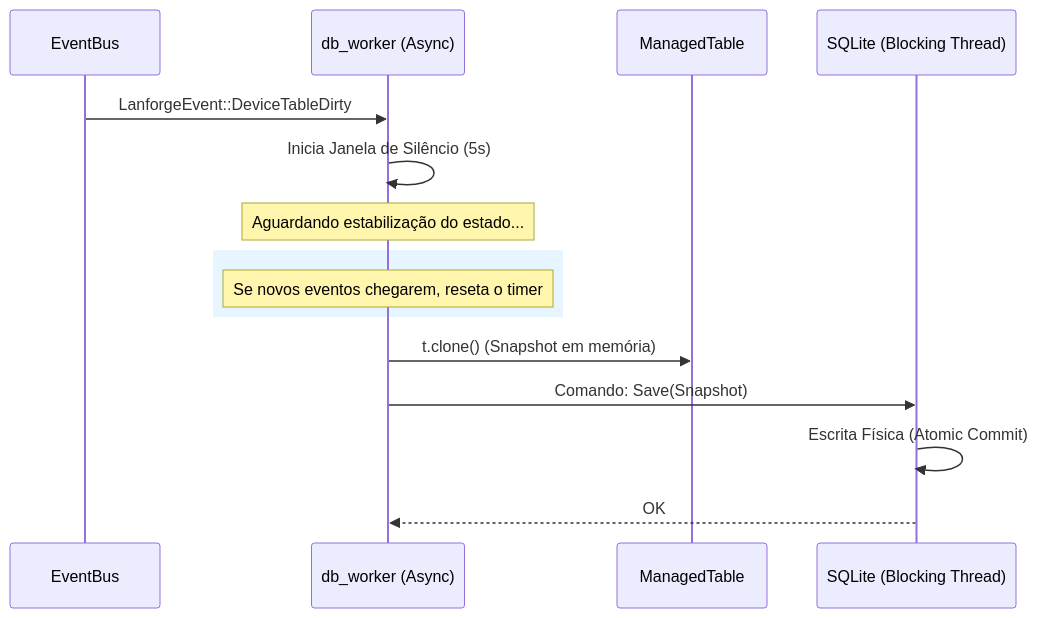
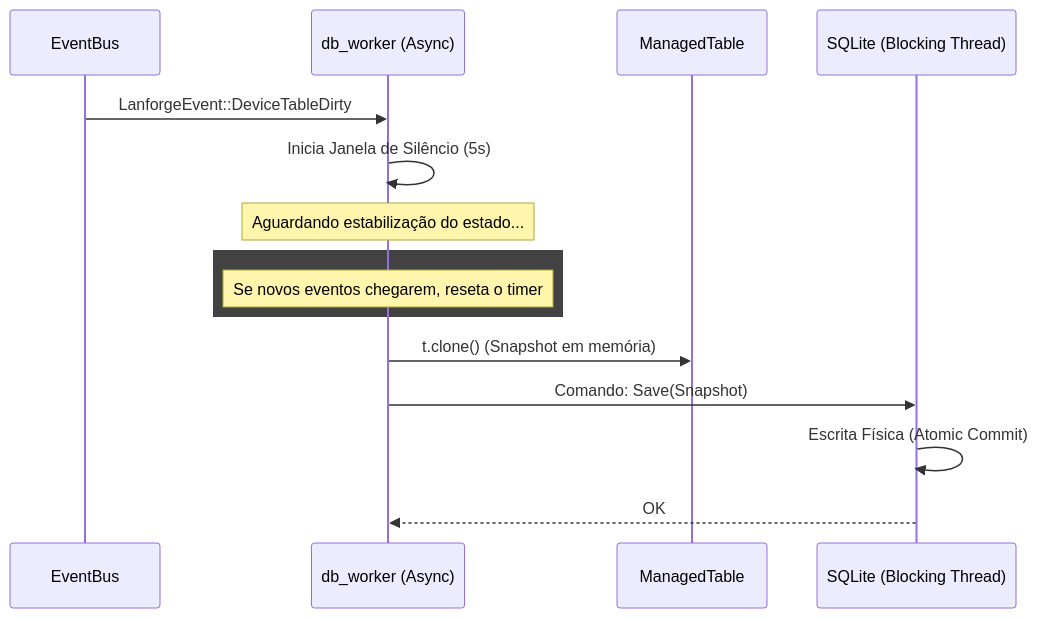
One commit to FerrahWolfeh/lanforge changed the fourth of 4 diagrams in ARCHITECTURE.md. Above: the diagram before and after it, drawn with Mermaid. The commit also changed other lines of this file, not shown here.

Commit message:
style: update mermaid diagram rect colors to dark theme palette

````diff
--- a/ARCHITECTURE.md
+++ b/ARCHITECTURE.md
@@ -170,20 +170,20 @@
 ```mermaid
 sequenceDiagram
     participant EB as EventBus
     participant W as db_worker (Async)
     participant T as ManagedTable
     participant S as SQLite (Blocking Thread)
 
     EB->>W: LanforgeEvent::DeviceTableDirty
     W->>W: Inicia Janela de Silêncio (5s)
     Note over W: Aguardando estabilização do estado...
     
-    rect rgb(230, 245, 255)
+    rect rgba(66, 66, 66, 1)
     Note over W: Se novos eventos chegarem, reseta o timer
     end
 
     W->>T: t.clone() (Snapshot em memória)
     W->>S: Comando: Save(Snapshot)
     S->>S: Escrita Física (Atomic Commit)
     S-->>W: OK
 ```
````
